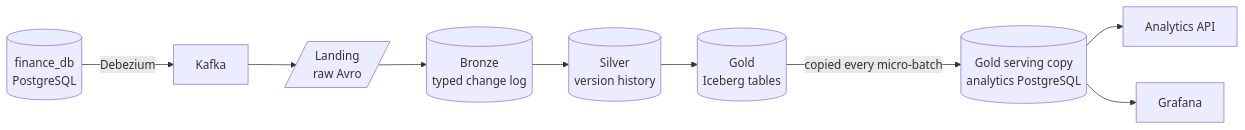
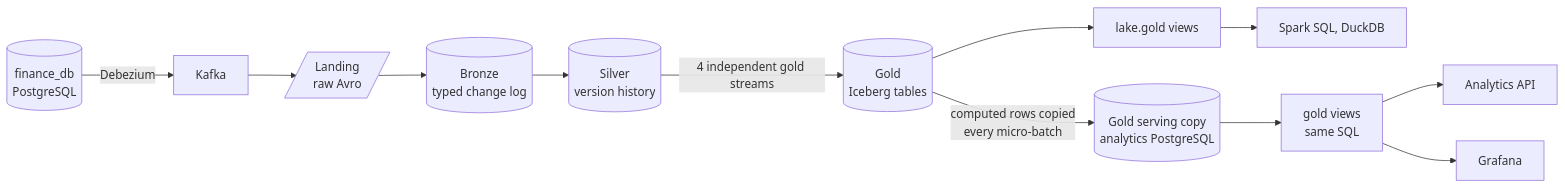
Before and after one commit to jonathan5p/deel-home-task: the diagram in README.md, drawn with Mermaid. The commit also changed other lines of this file and 7 other files, not shown here.

Commit message:
docs: update the summaries, serving pages and code layout for the final gold design

````diff
--- a/README.md
+++ b/README.md
@@ -24,9 +24,11 @@
 ```mermaid
 flowchart LR
     source[("finance_db<br/>PostgreSQL")] -->|Debezium| kafka[Kafka]
     kafka --> landing[/"Landing<br/>raw Avro"/] --> bronze[("Bronze<br/>typed change log")] --> silver[("Silver<br/>version history")]
-    silver --> lakegold[("Gold<br/>Iceberg tables")]
-    lakegold -->|copied every micro-batch| gold[("Gold serving copy<br/>analytics PostgreSQL")]
-    gold --> api[Analytics API]
-    gold --> grafana[Grafana]
+    silver -->|4 independent gold streams| lakegold[("Gold<br/>Iceberg tables")]
+    lakegold -->|computed rows copied<br/>every micro-batch| gold[("Gold serving copy<br/>analytics PostgreSQL")]
+    lakegold --> lakeviews["lake.gold views"] --> engines[Spark SQL, DuckDB]
+    gold --> views["gold views<br/>same SQL"]
+    views --> api[Analytics API]
+    views --> grafana[Grafana]
 ```
````
